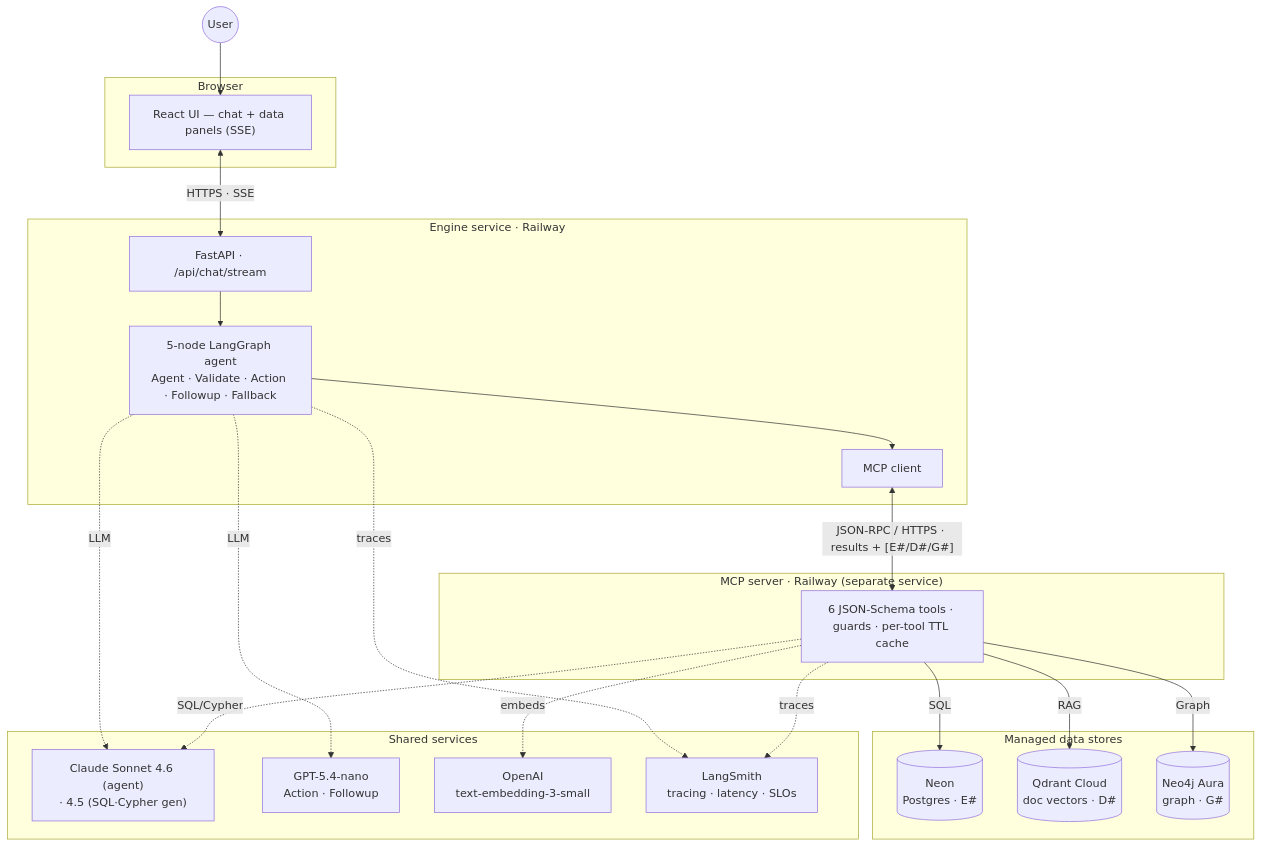
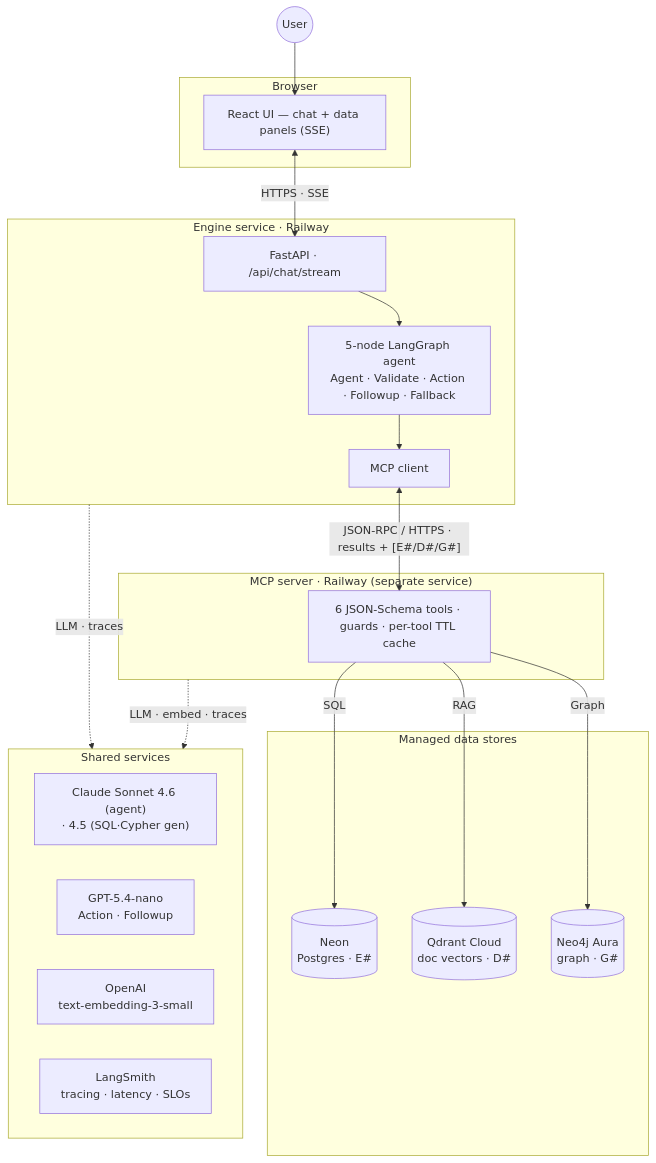
The third of 7 diagrams in README.md (sazzad-kamal/crm-agentic-mcp-engine), drawn with Mermaid before and after one commit.

Commit message:
D2: collapse shared-service edges to system-to-system (Engine->Shared, MCP->Shared); node-to-node routing stays in D1/labels

````diff
--- a/README.md
+++ b/README.md
@@ -96,45 +96,41 @@
 ```mermaid
 flowchart TB
     User(("User"))
 
     subgraph BROWSER["Browser"]
         UI["React UI — chat + data panels (SSE)"]
     end
 
     subgraph RW1["Engine service · Railway"]
         API["FastAPI · /api/chat/stream"]
         AG["5-node LangGraph agent<br/>Agent · Validate · Action · Followup · Fallback"]
         MC["MCP client"]
         API --> AG --> MC
     end
 
     subgraph RW2["MCP server · Railway (separate service)"]
         TL["6 JSON-Schema tools · guards · per-tool TTL cache"]
     end
 
     subgraph DATA["Managed data stores"]
         PG[("Neon<br/>Postgres · E#")]
         QDR[("Qdrant Cloud<br/>doc vectors · D#")]
         NEO[("Neo4j Aura<br/>graph · G#")]
     end
 
     subgraph SHARED["Shared services"]
         CLA["Claude Sonnet 4.6 (agent)<br/>· 4.5 (SQL·Cypher gen)"]
         GPT["GPT-5.4-nano<br/>Action · Followup"]
         EMB["OpenAI<br/>text-embedding-3-small"]
         OBS["LangSmith<br/>tracing · latency · SLOs"]
     end
 
     User --> UI
     UI <-->|"HTTPS · SSE"| API
     MC <-->|"JSON-RPC / HTTPS · results + [E#/D#/G#]"| TL
     TL -->|SQL| PG
     TL -->|RAG| QDR
     TL -->|Graph| NEO
-    AG -. LLM .-> CLA
-    AG -. LLM .-> GPT
-    TL -. SQL/Cypher .-> CLA
-    TL -. embeds .-> EMB
-    AG -. traces .-> OBS
-    TL -. traces .-> OBS
+    RW1 -.->|"LLM · traces"| SHARED
+    RW2 -.->|"LLM · embed · traces"| SHARED
 ```
````
